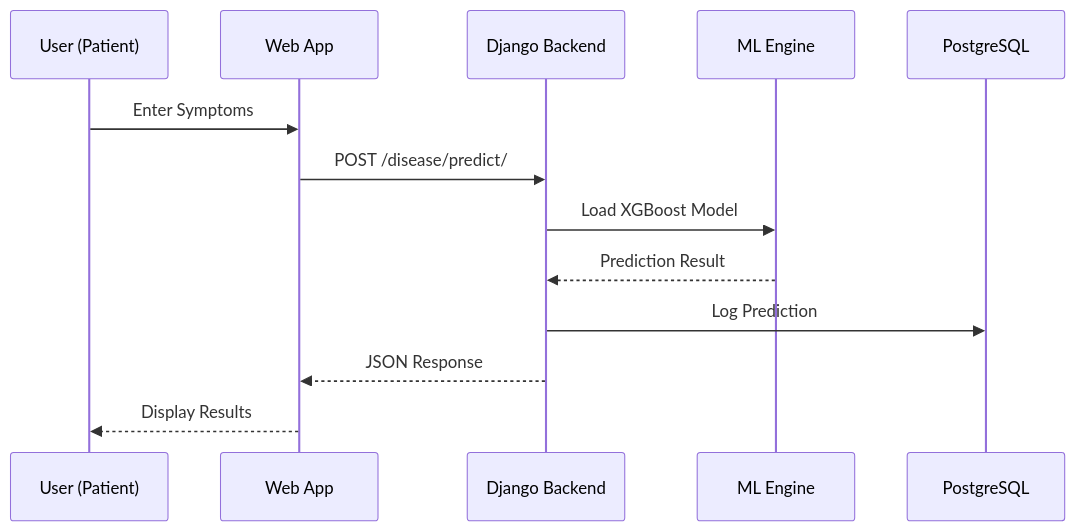
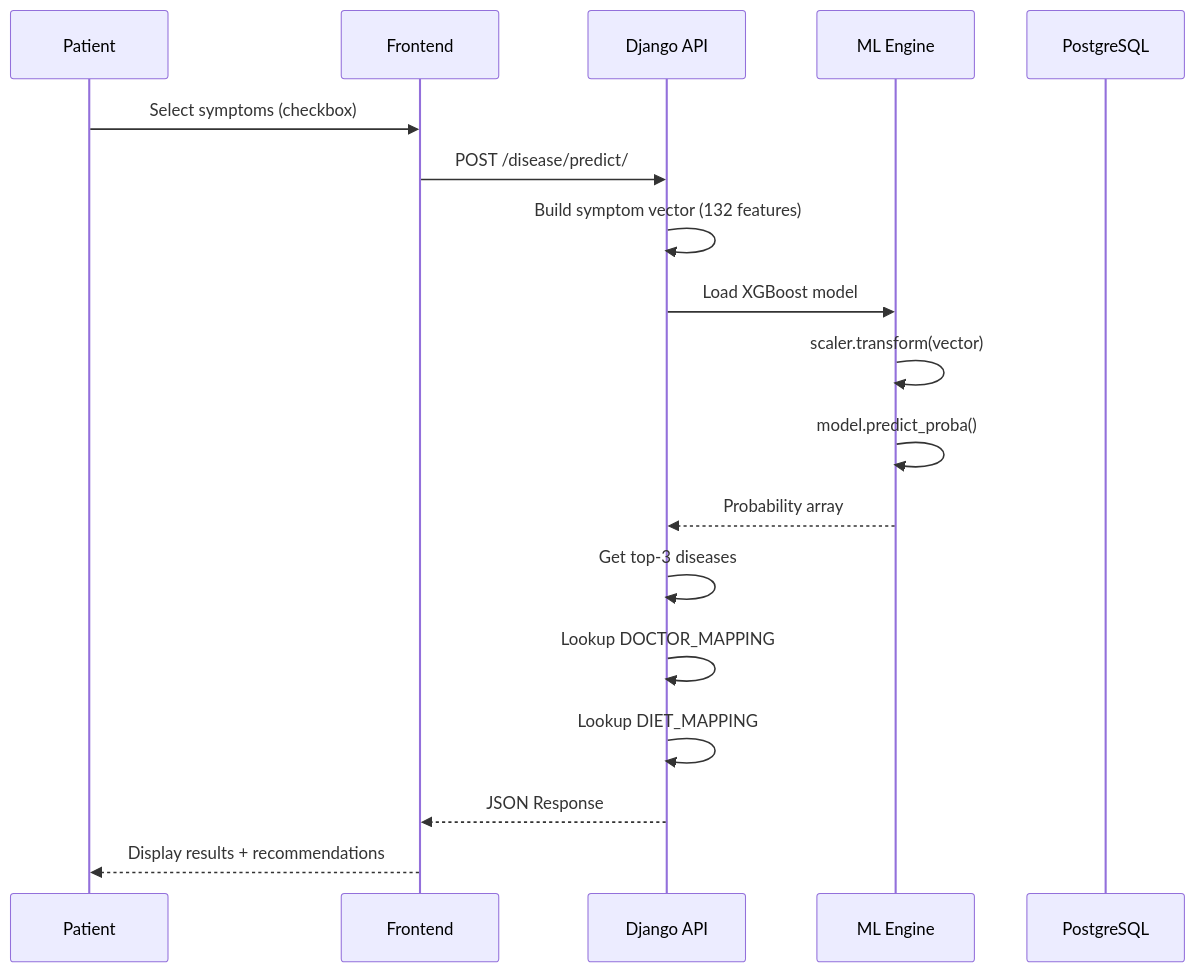
One commit to 2004Shivam/MedicureEnhanced changed the first of 2 diagrams in README.md. Above: the diagram before and after it, drawn with Mermaid. The commit also changed other lines of this file, not shown here.

Commit message:
Add deeply comprehensive README with ML pipeline docs, ER diagrams, API specs

````diff
--- a/README.md
+++ b/README.md
@@ -111,16 +98,21 @@
 ```mermaid
 sequenceDiagram
-    participant U as User (Patient)
-    participant W as Web App
-    participant D as Django Backend
+    participant P as Patient
+    participant FE as Frontend
+    participant API as Django API
     participant ML as ML Engine
     participant DB as PostgreSQL
 
-    U->>W: Enter Symptoms
-    W->>D: POST /disease/predict/
-    D->>ML: Load XGBoost Model
-    ML-->>D: Prediction Result
-    D->>DB: Log Prediction
-    D-->>W: JSON Response
-    W-->>U: Display Results
+    P->>FE: Select symptoms (checkbox)
+    FE->>API: POST /disease/predict/
+    API->>API: Build symptom vector (132 features)
+    API->>ML: Load XGBoost model
+    ML->>ML: scaler.transform(vector)
+    ML->>ML: model.predict_proba()
+    ML-->>API: Probability array
+    API->>API: Get top-3 diseases
+    API->>API: Lookup DOCTOR_MAPPING
+    API->>API: Lookup DIET_MAPPING
+    API-->>FE: JSON Response
+    FE-->>P: Display results + recommendations
 ```
````
